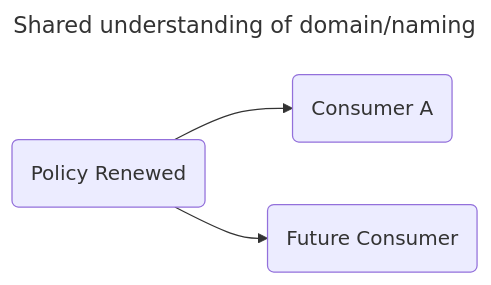
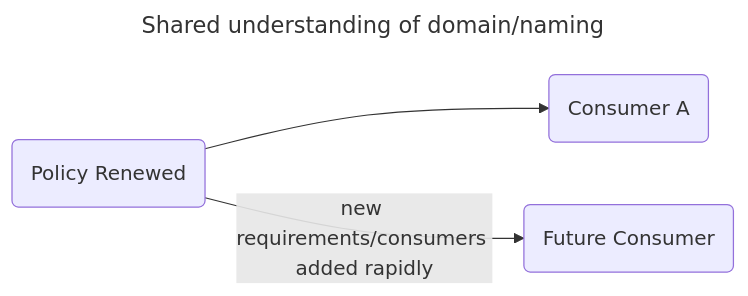
One commit to pirocorp/Event-Driven-Architecture changed the diagram in README.md. Above: the diagram before and after it, drawn with Mermaid.

````diff
--- a/README.md
+++ b/README.md
@@ -62,11 +62,11 @@
 ```mermaid
 ---
 title: Shared understanding of domain/naming
 ---
 flowchart LR
     id1(Policy Renewed)
     id2(Consumer A)
     id3(Future Consumer)
     id1 --> id2
-    id1 --> id3
+    id1 --> |new requirements/consumers added rapidly| id3
 ```
````
